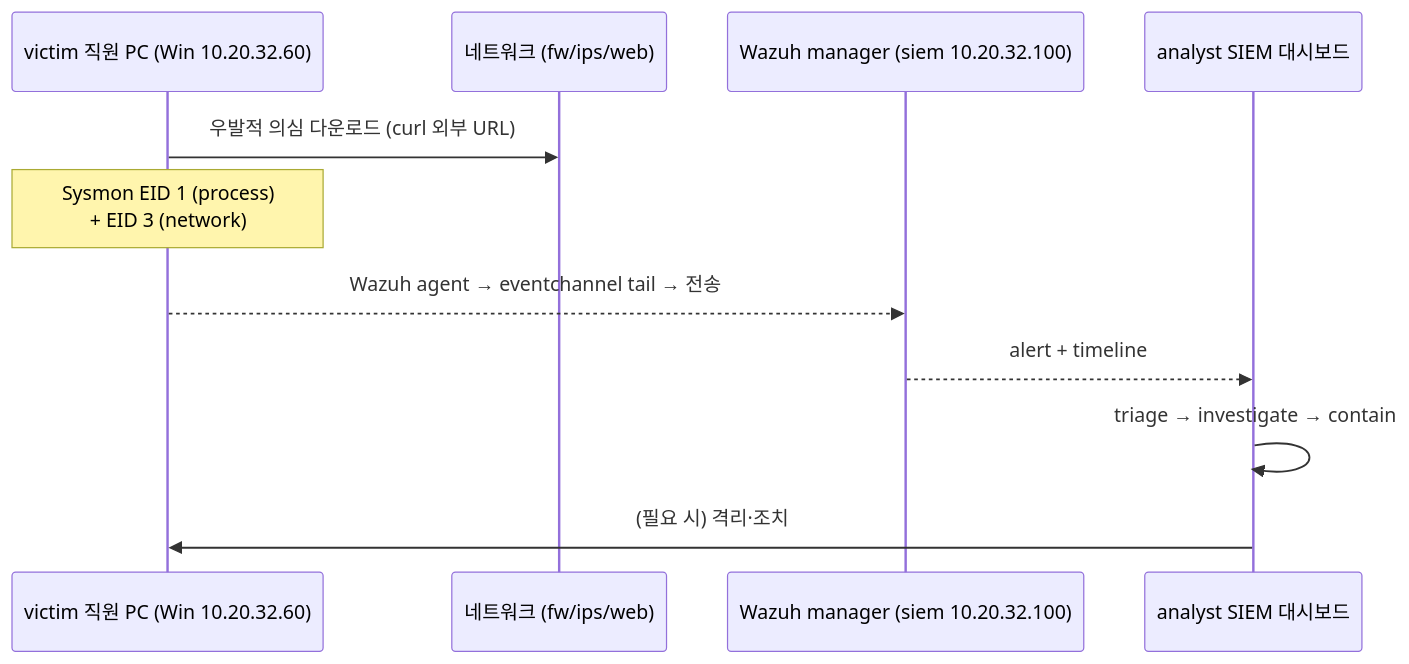
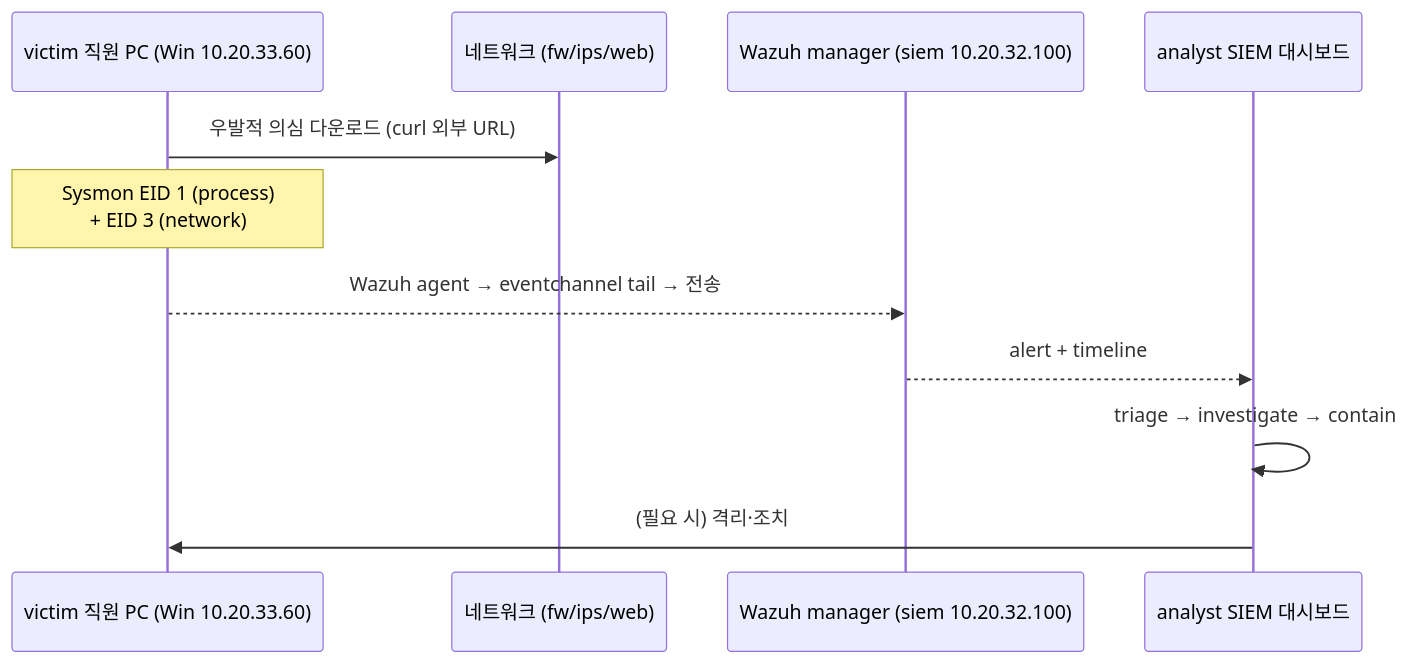
Before and after one commit to mrgrit/ccc: the first of 3 diagrams in contents/standalone/lecture/secuops/lecture_week03.md, drawn with Mermaid. The commit also changed other lines of this file and 44 other files, not shown here.

````diff
--- a/contents/standalone/lecture/secuops/lecture_week03.md
+++ b/contents/standalone/lecture/secuops/lecture_week03.md
@@ -73,14 +73,14 @@
 ```mermaid
 sequenceDiagram
-    participant V as victim 직원 PC (Win 10.20.32.60)
+    participant V as victim 직원 PC (Win 10.20.33.60)
     participant N as 네트워크 (fw/ips/web)
     participant S as Wazuh manager (siem 10.20.32.100)
     participant A as analyst SIEM 대시보드
 
     V->>N: 우발적 의심 다운로드 (curl 외부 URL)
     Note over V: Sysmon EID 1 (process)<br/>+ EID 3 (network)
     V-->>S: Wazuh agent → eventchannel tail → 전송
     S-->>A: alert + timeline
     A->>A: triage → investigate → contain
     A->>V: (필요 시) 격리·조치
 ```
````
